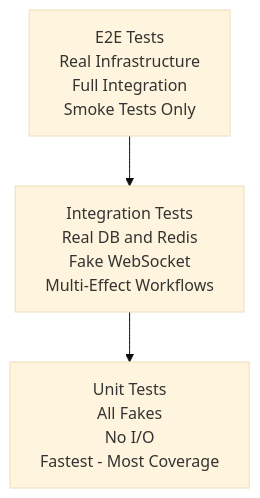
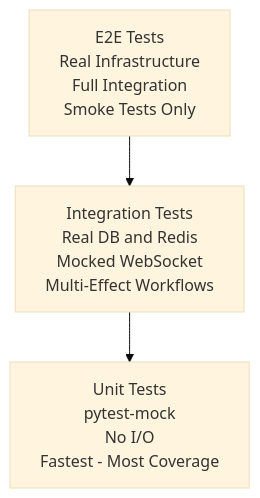
Before and after one commit to Tuee22/effectful: the diagram in CONTRIBUTING.md, drawn with Mermaid (base theme). The commit also changed other lines of this file and 109 other files, not shown here.

````diff
--- a/CONTRIBUTING.md
+++ b/CONTRIBUTING.md
@@ -260,9 +231,9 @@
 ```mermaid
 flowchart TB
     E2E[E2E Tests<br/>Real Infrastructure<br/>Full Integration<br/>Smoke Tests Only]
-    Integration[Integration Tests<br/>Real DB and Redis<br/>Fake WebSocket<br/>Multi-Effect Workflows]
-    Unit[Unit Tests<br/>All Fakes<br/>No I/O<br/>Fastest - Most Coverage]
+    Integration[Integration Tests<br/>Real DB and Redis<br/>Mocked WebSocket<br/>Multi-Effect Workflows]
+    Unit[Unit Tests<br/>pytest-mock<br/>No I/O<br/>Fastest - Most Coverage]
 
     E2E --> Integration
     Integration --> Unit
 ```
````
